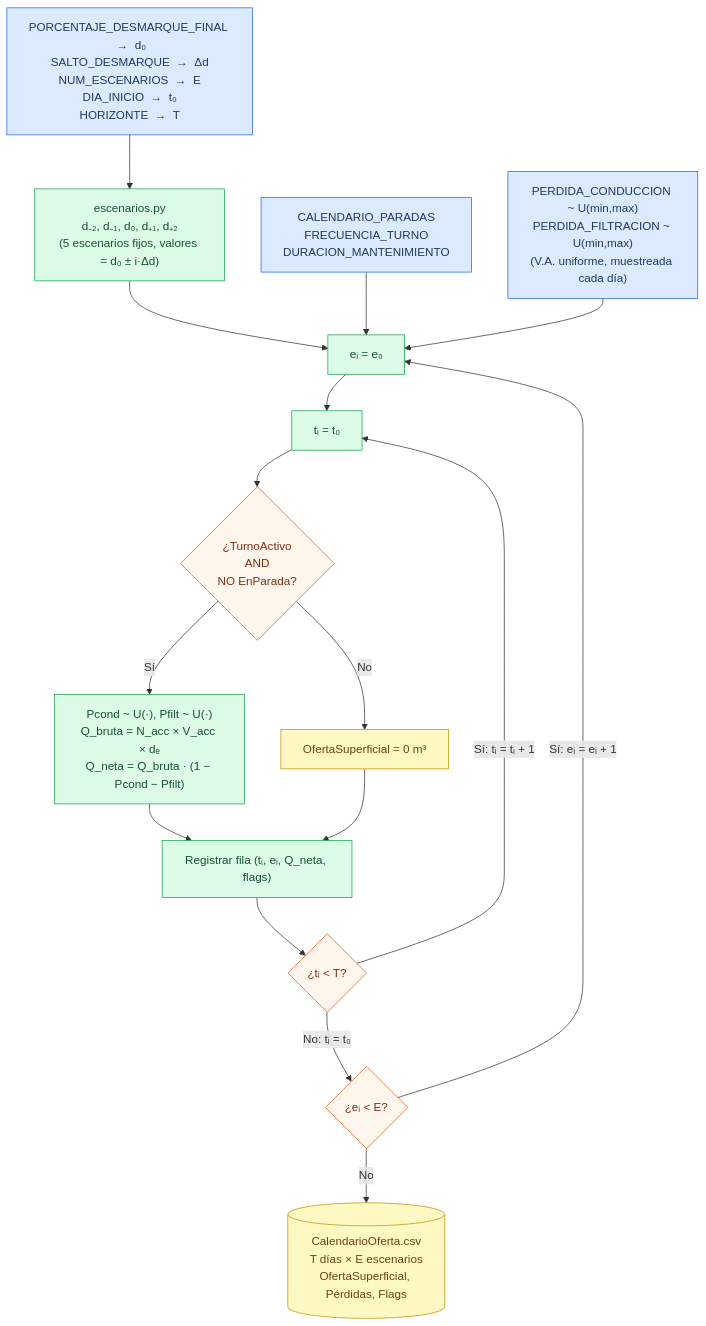
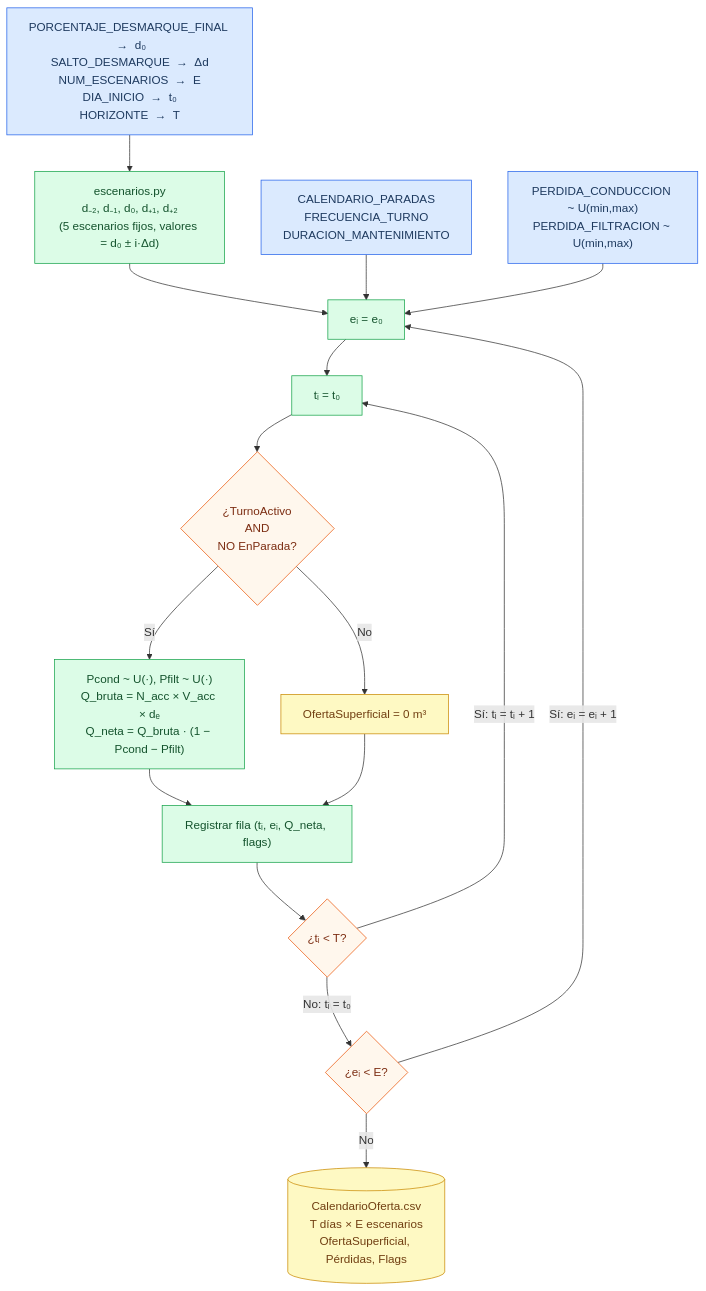
One commit to toniesky/Simulaci-n-multiparadigma-cultivo changed the second of 4 diagrams in README.md. Above: the diagram before and after it, drawn with Mermaid.

Commit message:
docs: quitar aclaracion redundante de V.A. uniforme

````diff
--- a/README.md
+++ b/README.md
@@ -73,33 +73,33 @@
 ```mermaid
 flowchart TD
     classDef param fill:#dbeafe,stroke:#2563eb,color:#1e3a5f
     classDef proc  fill:#dcfce7,stroke:#16a34a,color:#14532d
     classDef out   fill:#fef9c3,stroke:#ca8a04,color:#713f12
     classDef dec   fill:#fff7ed,stroke:#ea580c,color:#7c2d12
 
     D0["PORCENTAJE_DESMARQUE_FINAL  →  d₀\nSALTO_DESMARQUE  →  Δd\nNUM_ESCENARIOS  →  E\nDIA_INICIO  →  t₀\nHORIZONTE  →  T"]:::param
-    PL["PERDIDA_CONDUCCION ~ U(min,max)\nPERDIDA_FILTRACION ~ U(min,max)\n(V.A. uniforme, muestreada cada día)"]:::param
+    PL["PERDIDA_CONDUCCION ~ U(min,max)\nPERDIDA_FILTRACION ~ U(min,max)"]:::param
     CA["CALENDARIO_PARADAS\nFRECUENCIA_TURNO\nDURACION_MANTENIMIENTO"]:::param
 
     D0 --> ESC["escenarios.py\nd₋₂, d₋₁, d₀, d₊₁, d₊₂\n(5 escenarios fijos, valores = d₀ ± i·Δd)"]:::proc
 
     ESC --> ESCLOOP["eᵢ = e₀"]:::proc
     CA  --> ESCLOOP
     PL  --> ESCLOOP
 
     ESCLOOP --> LOOP["tᵢ = t₀"]:::proc
 
     LOOP --> T{"¿TurnoActivo\nAND\nNO EnParada?"}:::dec
     T -->|"No"| Z["OfertaSuperficial = 0 m³"]:::out
     T -->|"Sí"| Q["Pcond ~ U(·), Pfilt ~ U(·)\nQ_bruta = N_acc × V_acc × dₑ\nQ_neta = Q_bruta · (1 − Pcond − Pfilt)"]:::proc
     Q  --> REC["Registrar fila (tᵢ, eᵢ, Q_neta, flags)"]:::proc
     Z  --> REC
 
     REC --> NEXTD{"¿tᵢ < T?"}:::dec
     NEXTD -->|"Sí: tᵢ = tᵢ + 1"| LOOP
     NEXTD -->|"No: tᵢ = t₀"| NEXTE{"¿eᵢ < E?"}:::dec
     NEXTE -->|"Sí: eᵢ = eᵢ + 1"| ESCLOOP
     NEXTE -->|"No"| CO
 
     CO[("CalendarioOferta.csv\nT días × E escenarios\nOfertaSuperficial, Pérdidas, Flags")]:::out
 ```
````
